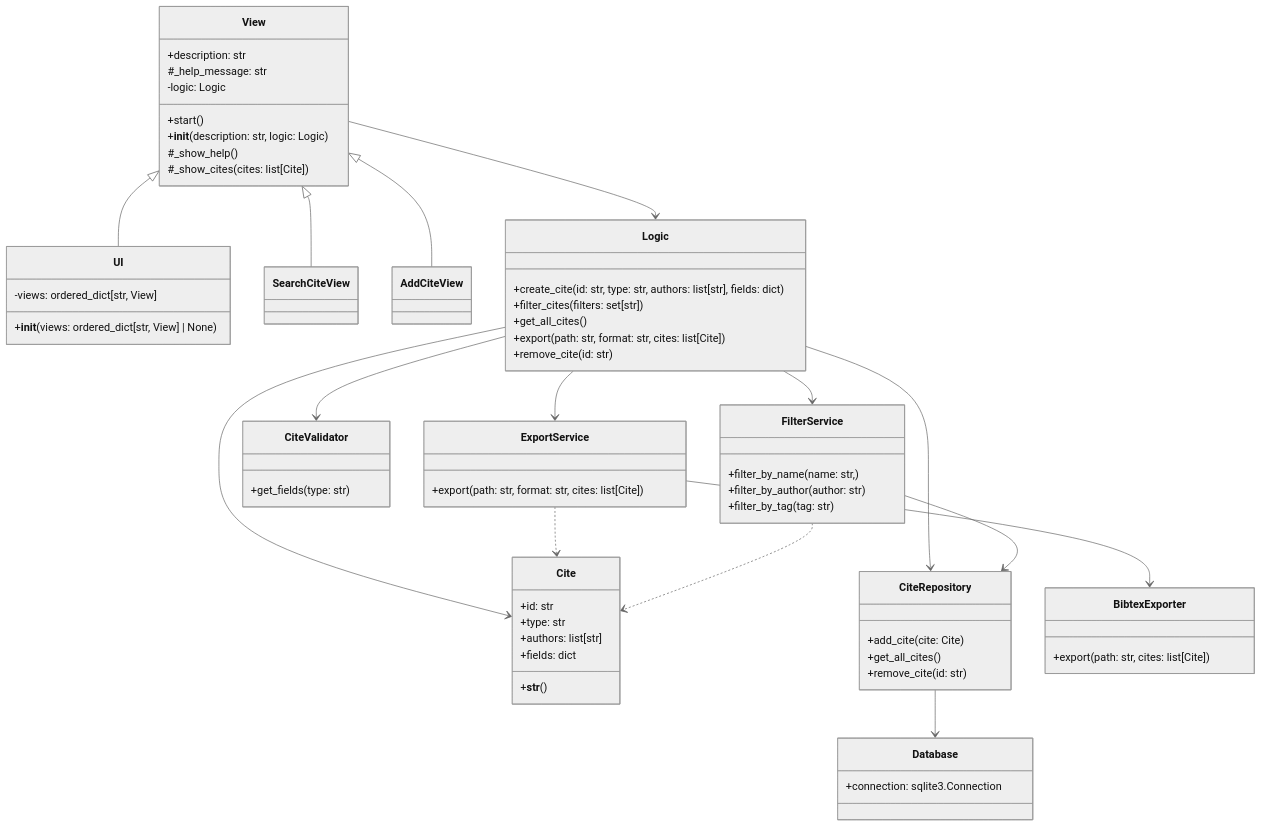
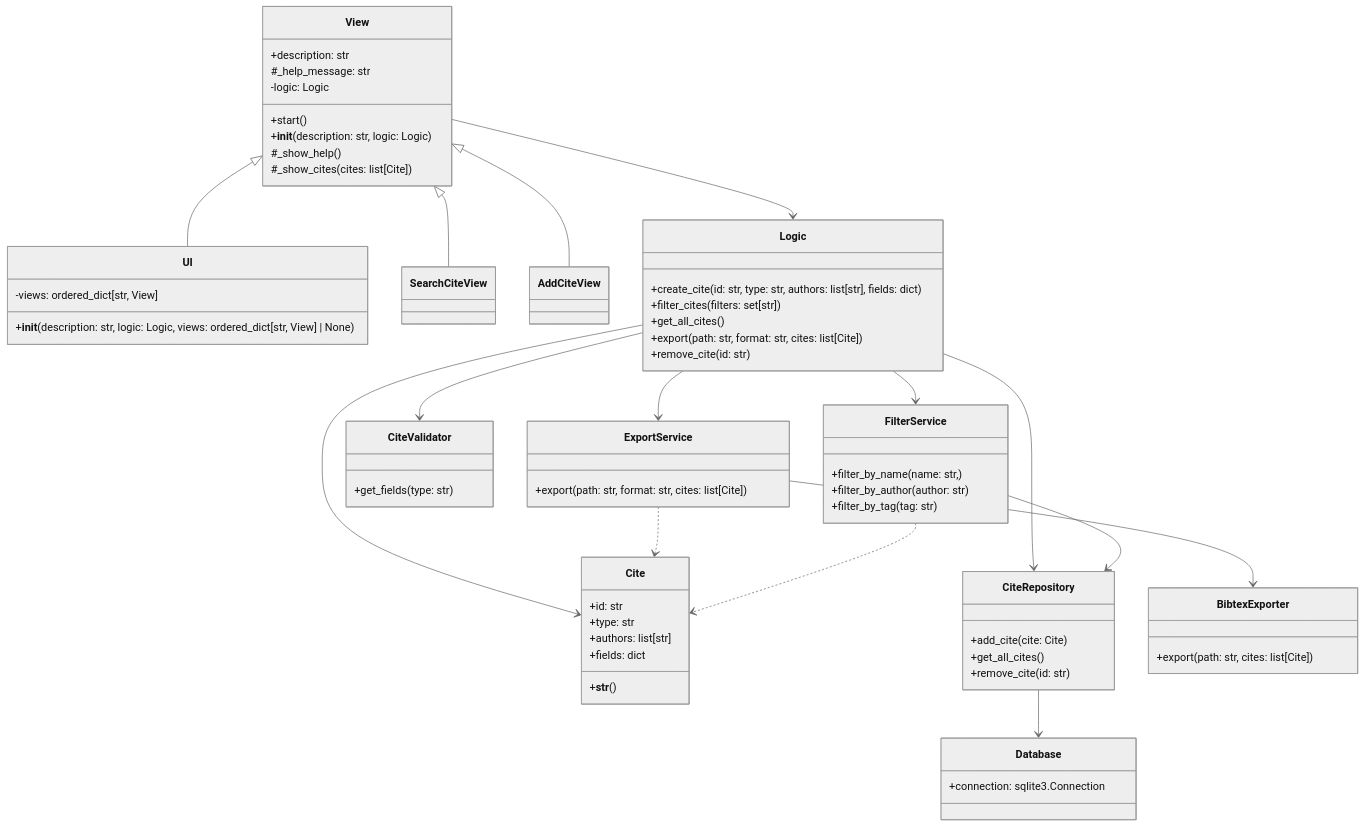
Before and after one commit to TheJiahao/ohtu-miniprojekti: the second of 2 diagrams in docs/arkkitehtuuri.md, drawn with Mermaid (neutral theme).

````diff
--- a/docs/arkkitehtuuri.md
+++ b/docs/arkkitehtuuri.md
@@ -23,81 +23,81 @@
 ```mermaid
 classDiagram
 
 View <|-- UI
 View <|-- SearchCiteView
 View <|-- AddCiteView
 View --> Logic
 
 Logic --> Cite
 Logic --> CiteRepository
 Logic --> ExportService
 Logic --> CiteValidator
 Logic --> FilterService
 
 ExportService --> BibtexExporter
 ExportService ..> Cite
 
 FilterService --> CiteRepository
 FilterService ..> Cite
 
 CiteRepository --> Database
 
 class View {
     +description: str
     #_help_message: str
     -logic: Logic
     +start()
     +__init__(description: str, logic: Logic)
     #_show_help()
     #_show_cites(cites: list[Cite])
 }
 
 class UI {
     -views: ordered_dict[str, View]
-    +__init__(views: ordered_dict[str, View] | None)
+    +__init__(description: str, logic: Logic, views: ordered_dict[str, View] | None)
 }
 
 class Logic{
     +create_cite(id: str, type: str, authors: list[str], fields: dict)
     +filter_cites(filters: set[str])
     +get_all_cites()
     +export(path: str, format: str, cites: list[Cite])
     +remove_cite(id: str)
 }
 
 class Cite {
     +id: str
     +type: str
     +authors: list[str]
     +fields: dict
     +__str__()
 }
 
 class CiteRepository {
     +add_cite(cite: Cite)
     +get_all_cites()
     +remove_cite(id: str)
 }
 
 class Database {
     +connection: sqlite3.Connection
 }
 
 class BibtexExporter {
     +export(path: str, cites: list[Cite])
 }
 
 class ExportService {
     +export(path: str, format: str, cites: list[Cite])
 }
 
 class CiteValidator {
     +get_fields(type: str)
 }
 
 class FilterService {
     +filter_by_name(name: str, )
     +filter_by_author(author: str)
     +filter_by_tag(tag: str)
 }
 ```
````
